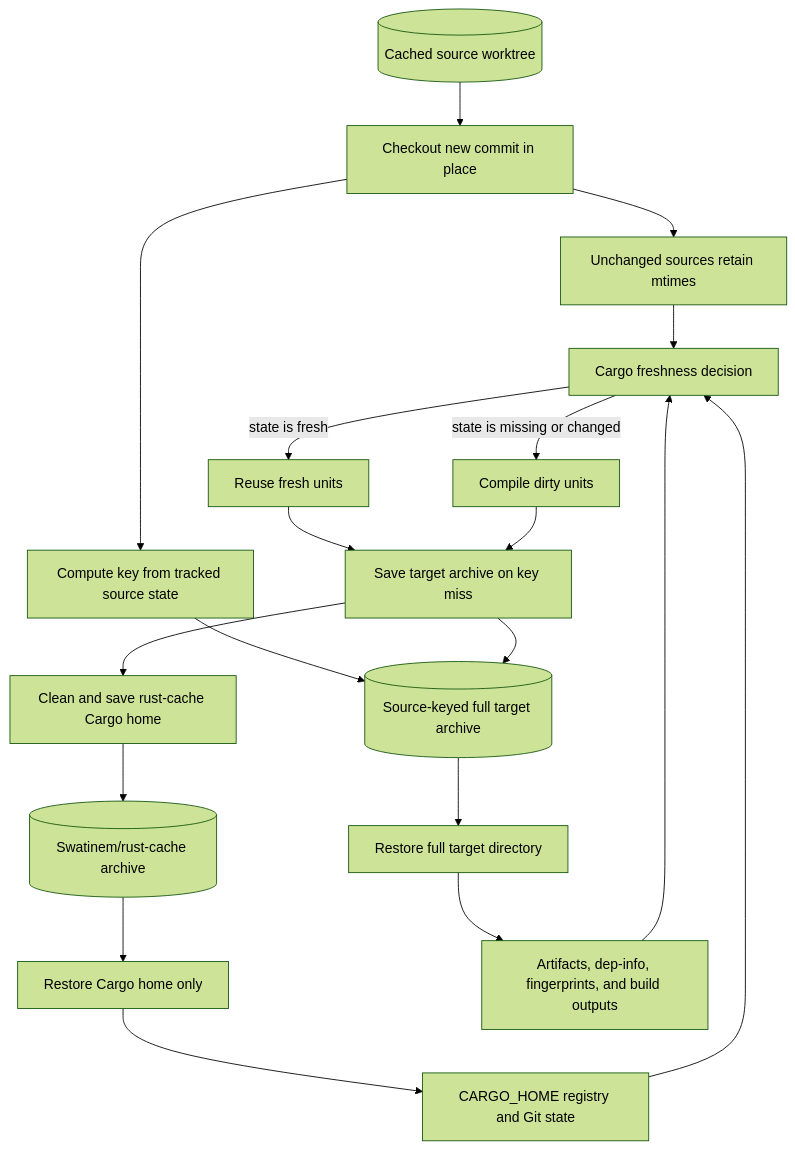
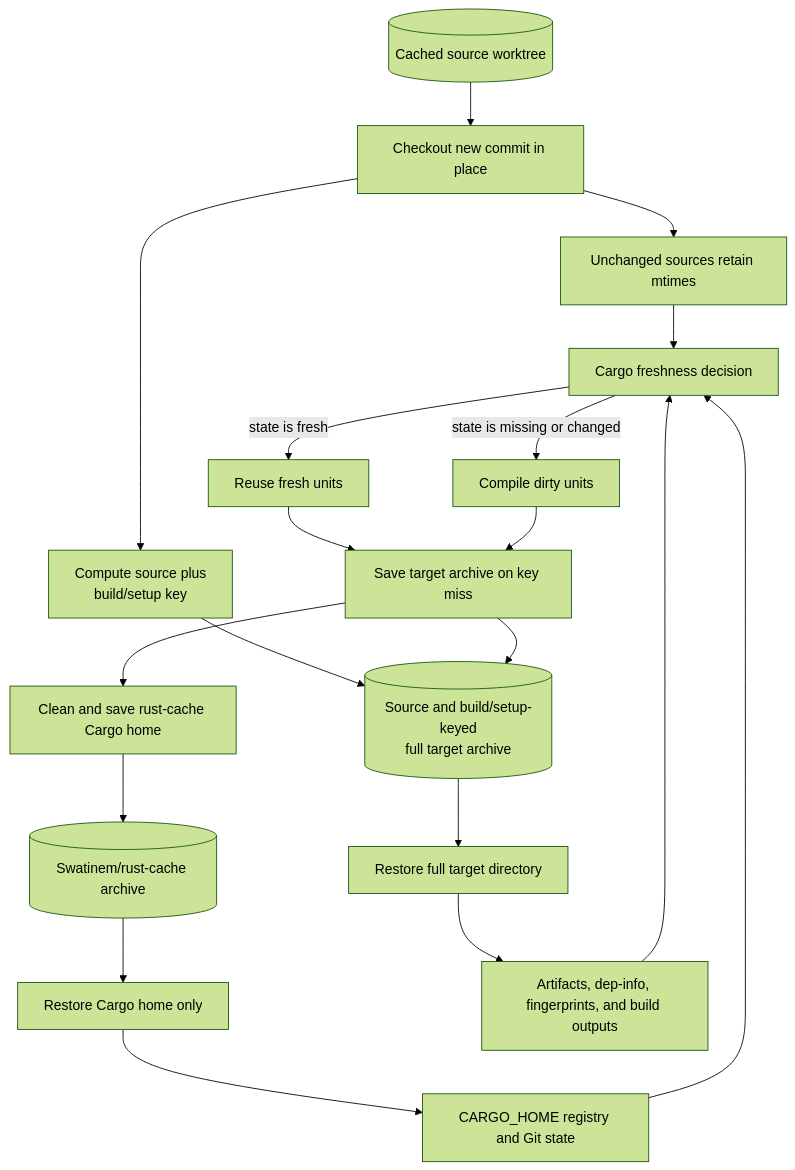
One commit to garysassano/cargo-ci-cache-archive changed the diagram in docs/approaches/rust-cache-source-keyed-target-cache.md. Above: the diagram before and after it, drawn with Mermaid (forest theme). The commit also changed 3 other files, not shown here.

Commit message:
Align Mermaid diagrams with cache guidance

````diff
--- a/docs/approaches/rust-cache-source-keyed-target-cache.md
+++ b/docs/approaches/rust-cache-source-keyed-target-cache.md
@@ -35,37 +35,37 @@
 ```mermaid
 flowchart TD
     worktree[(Cached source worktree)]
     checkout[Checkout new commit in place]
     stable_sources[Unchanged sources retain mtimes]
 
     rust_cache[(Swatinem/rust-cache archive)]
     restore_home[Restore Cargo home only]
     cargo_home[CARGO_HOME registry and Git state]
 
-    source_key[Compute key from tracked source state]
-    target_cache[(Source-keyed full target archive)]
+    source_key[Compute source plus<br/>build/setup key]
+    target_cache[(Source and build/setup-keyed<br/>full target archive)]
     restore_target[Restore full target directory]
     target[Artifacts, dep-info, fingerprints, and build outputs]
 
     cargo[Cargo freshness decision]
     build[Compile dirty units]
     fresh[Reuse fresh units]
     save_target[Save target archive on key miss]
     clean_home[Clean and save rust-cache Cargo home]
 
     worktree --> checkout --> stable_sources
     rust_cache --> restore_home --> cargo_home
     checkout --> source_key --> target_cache --> restore_target --> target
 
     stable_sources --> cargo
     cargo_home --> cargo
     target --> cargo
     cargo -->|state is fresh| fresh
     cargo -->|state is missing or changed| build
 
     fresh --> save_target
     build --> save_target
     save_target --> target_cache
     save_target --> clean_home
     clean_home --> rust_cache
 ```
````
